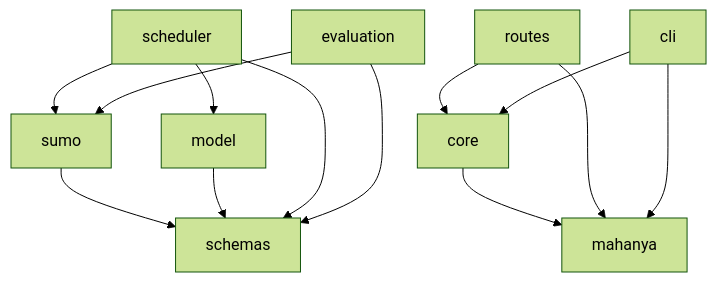
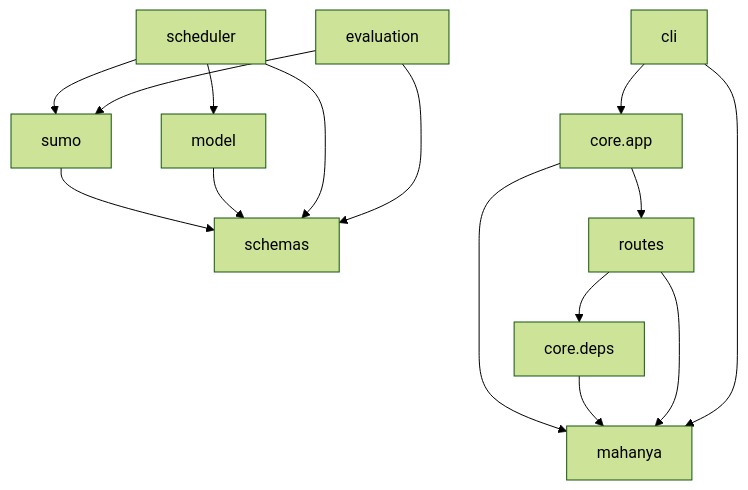
Before and after one commit to abdulazeezoj/mvp-mahanya: the second of 2 diagrams in docs/ARCHITECTURE.md, drawn with Mermaid (forest theme). The commit also changed other lines of this file, not shown here.

First line of the commit message:
Clarify routes depends on core.deps, not core.app, to avoid circular import

````diff
--- a/docs/ARCHITECTURE.md
+++ b/docs/ARCHITECTURE.md
@@ -155,16 +159,18 @@
 ```mermaid
 flowchart TD
     schemas[schemas] 
     sumo[sumo] --> schemas
     model[model] --> schemas
     scheduler[scheduler] --> schemas
     scheduler --> sumo
     scheduler --> model
     evaluation[evaluation] --> schemas
     evaluation --> sumo
-    core[core] --> mahanya[mahanya]
-    routes[routes] --> mahanya
-    routes --> core
+    coreApp["core.app"] --> mahanya[mahanya]
+    coreApp --> routes[routes]
+    coreDeps["core.deps"] --> mahanya
+    routes --> mahanya
+    routes --> coreDeps
     cli[cli] --> mahanya
-    cli --> core
+    cli --> coreApp
 ```
````
